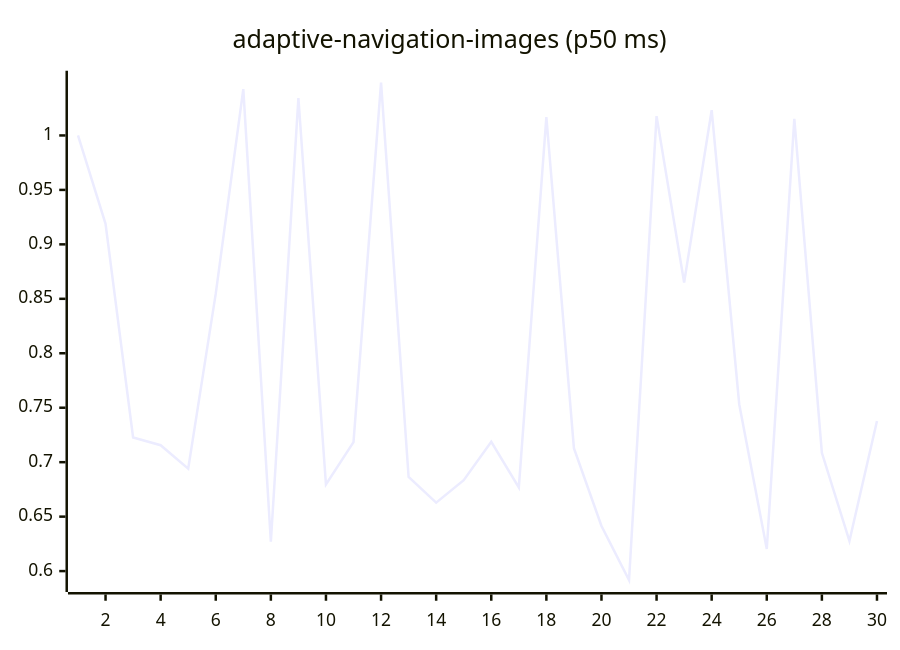
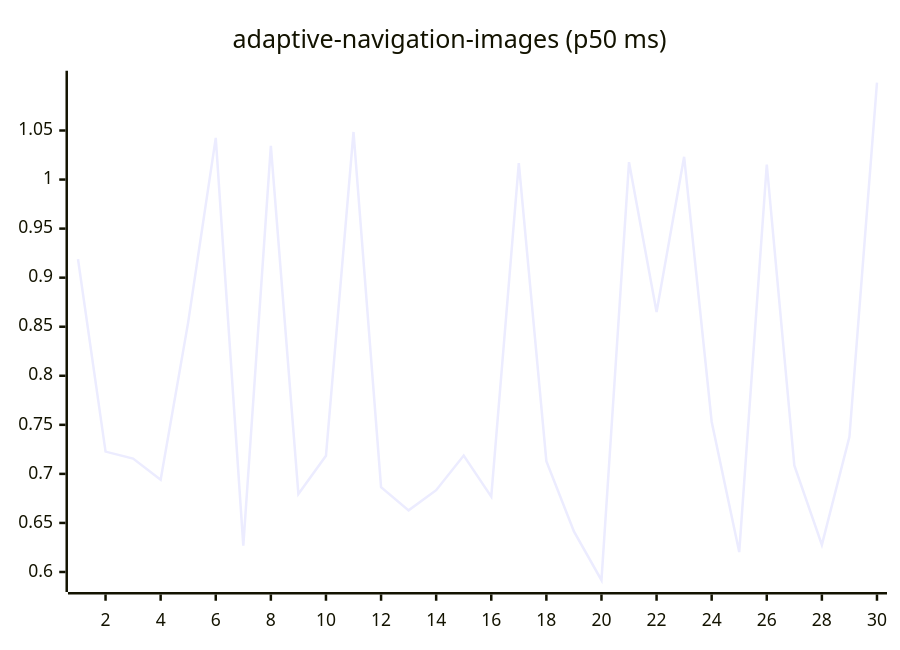
Before and after one commit to josha/Facet: the first of 27 diagrams in README.md, drawn with Mermaid. The commit also changed other lines of this file and 2 other files, not shown here.

````diff
--- a/README.md
+++ b/README.md
@@ -63,6 +63,6 @@
 ```mermaid
 xychart-beta
     title "adaptive-navigation-images (p50 ms)"
     x-axis 1 --> 30
-    line [1.0000, 0.9189, 0.7227, 0.7156, 0.6941, 0.8547, 1.0425, 0.6269, 1.0344, 0.6795, 0.7184, 1.0485, 0.6864, 0.6628, 0.6834, 0.7187, 0.6768, 1.0168, 0.7129, 0.6414, 0.5917, 1.0177, 0.8650, 1.0232, 0.7532, 0.6203, 1.0152, 0.7086, 0.6277, 0.7378]
+    line [0.9189, 0.7227, 0.7156, 0.6941, 0.8547, 1.0425, 0.6269, 1.0344, 0.6795, 0.7184, 1.0485, 0.6864, 0.6628, 0.6834, 0.7187, 0.6768, 1.0168, 0.7129, 0.6414, 0.5917, 1.0177, 0.8650, 1.0232, 0.7532, 0.6203, 1.0152, 0.7086, 0.6277, 0.7378, 1.0988]
 ```
````
